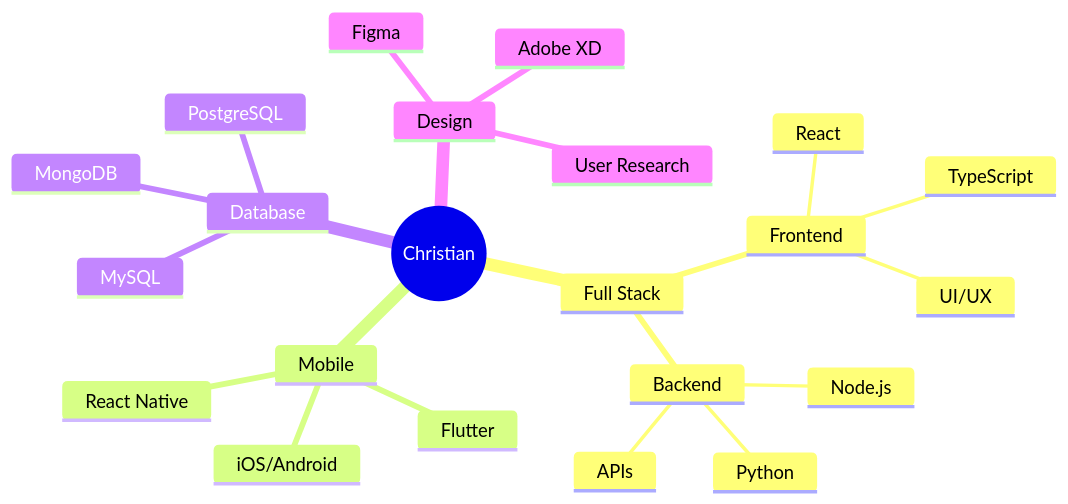
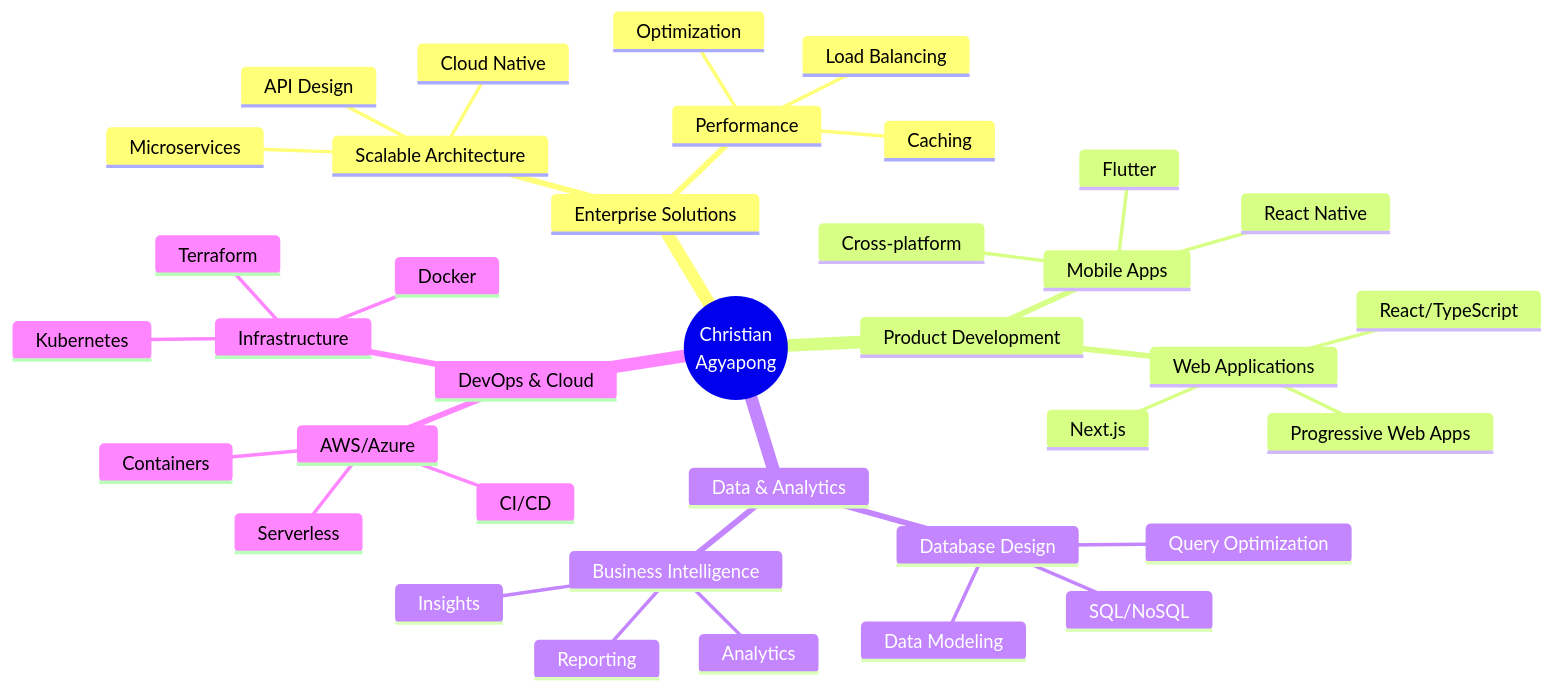
One commit to ChristianAgyapong/ChristianAgyapong changed the first of 2 diagrams in README.md. Above: the diagram before and after it, drawn with Mermaid. The commit also changed other lines of this file, not shown here.

````diff
--- a/README.md
+++ b/README.md
@@ -23,25 +54,40 @@
 ```mermaid
 mindmap
-  root((Christian))
-    Full Stack
-      Frontend
-        React
-        TypeScript
-        UI/UX
-      Backend
-        Node.js
-        Python
-        APIs
-    Mobile
-      React Native
-      Flutter
-      iOS/Android
-    Database
-      MySQL
-      MongoDB
-      PostgreSQL
-    Design
-      Figma
-      Adobe XD
-      User Research
+  root((Christian<br/>Agyapong))
+    Enterprise Solutions
+      Scalable Architecture
+        Microservices
+        Cloud Native
+        API Design
+      Performance
+        Optimization
+        Caching
+        Load Balancing
+    Product Development
+      Web Applications
+        React/TypeScript
+        Next.js
+        Progressive Web Apps
+      Mobile Apps
+        React Native
+        Flutter
+        Cross-platform
+    Data & Analytics
+      Database Design
+        SQL/NoSQL
+        Data Modeling
+        Query Optimization
+      Business Intelligence
+        Analytics
+        Reporting
+        Insights
+    DevOps & Cloud
+      AWS/Azure
+        Serverless
+        Containers
+        CI/CD
+      Infrastructure
+        Docker
+        Kubernetes
+        Terraform
 ```
````
